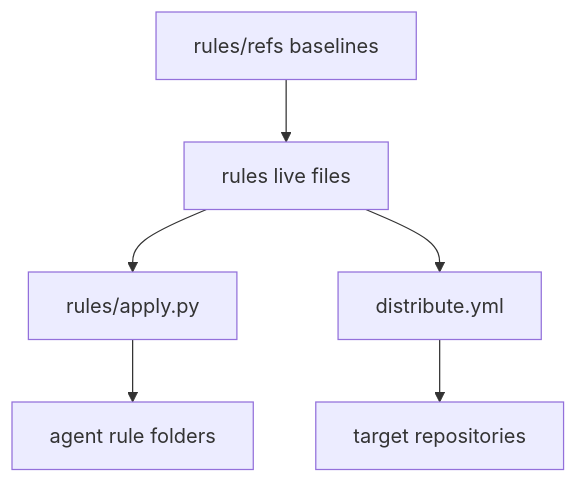
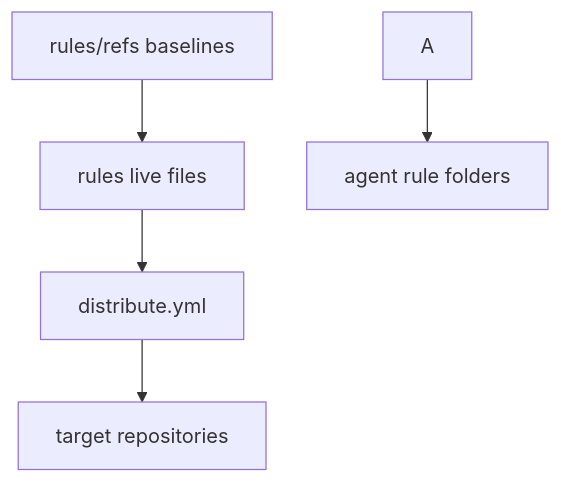
The diagram in README.md (nemoe7/clankers), drawn with Mermaid before and after one commit. The commit also changed other lines of this file and 8 other files, not shown here.

Commit message:
fix(rules): drop apply.py apply.bat CLINE.md references

````diff
--- a/README.md
+++ b/README.md
@@ -17,8 +16,7 @@
 ```mermaid
 flowchart TB
   R[rules/refs baselines] --> L[rules live files]
-  L --> A[rules/apply.py]
   L --> D[distribute.yml]
   A --> H[agent rule folders]
   D --> T[target repositories]
 ```
````
